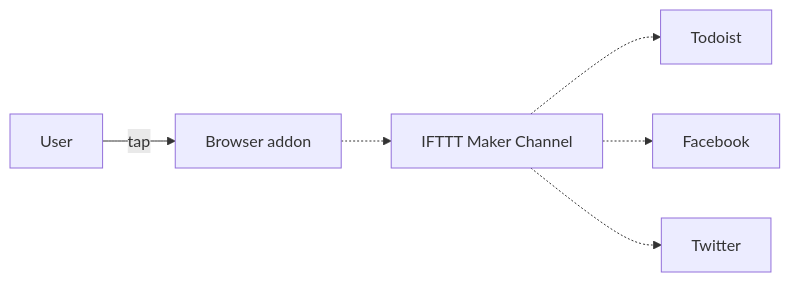
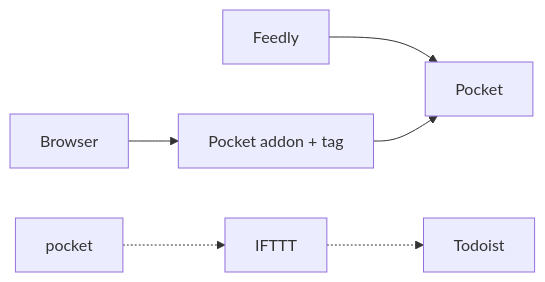
Before and after one commit to gasolin/blog: the sixth of 7 diagrams in source/_posts/personal-automation-in-2018.md, drawn with Mermaid. The commit also changed other lines of this file, not shown here.

```diff
--- a/source/_posts/personal-automation-in-2018.md
+++ b/source/_posts/personal-automation-in-2018.md
@@ -117,8 +120,8 @@
 {% mermaid %}
 graph LR
-User -- tap --> Browser[Browser addon]
-Browser -.-> IFTTT[IFTTT Maker Channel]
+Feedly --> Pocket
+Browser --> addon[Pocket addon + tag]
+addon --> Pocket
+pocket -.-> IFTTT
 IFTTT -.-> Todoist
-IFTTT -.-> Facebook
-IFTTT -.-> Twitter
 {% endmermaid %}
```
